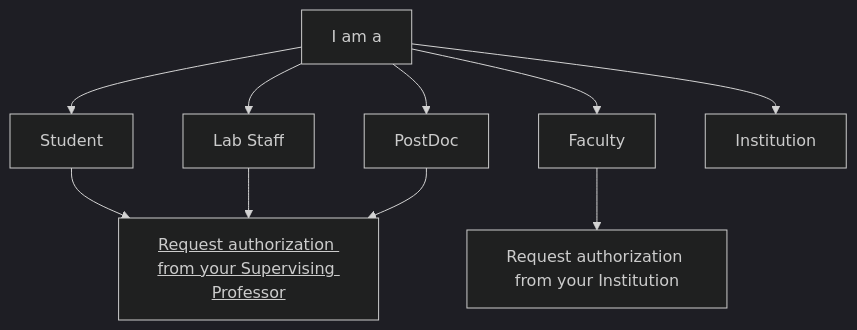
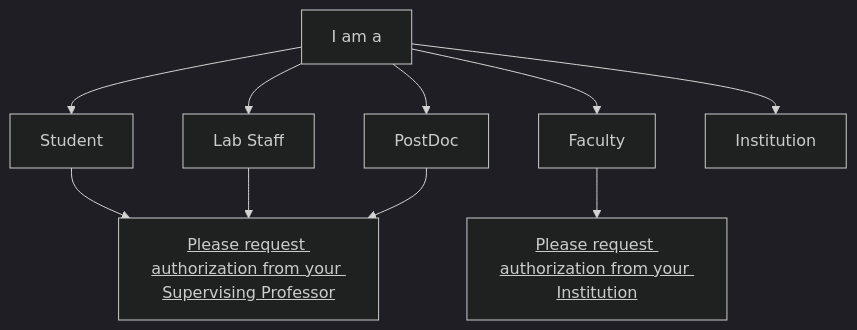
The first of 3 diagrams in src/admin/flowcharts.qmd (databrary/guide), drawn with Mermaid (dark theme) before and after one commit. The commit also changed other lines of this file and 1 other file, not shown here.

````diff
--- a/src/admin/flowcharts.qmd
+++ b/src/admin/flowcharts.qmd
@@ -8,11 +8,11 @@
 ```{mermaid}
 graph
-  A[I am a] --> B[Student] --> H[<u>Request authorization from your Supervising Professor</u>]
+  A[I am a] --> B[Student] --> H[<u>Please request authorization from your Supervising Professor</u>]
   A --> C[Lab Staff] --> H
   A --> D[PostDoc] --> H
-  A --> F[Faculty] --> I[Request authorization from your Institution]
+  A --> F[Faculty] --> I[<u>Please request authorization from your Institution<u/>]
   A --> G[Institution]
  
   click H href "https://databrary.github.io/guide/for-investigators/requesting-access.html#registering-as-an-authorized-investigator-at-an-institution" _blank
   click I href "https://databrary.github.io/guide/for-investigators/requesting-access.html#registering-as-an-affiliate-of-an-authorized-investigator" "Link to requesting-access.qmd"
 ```
````
